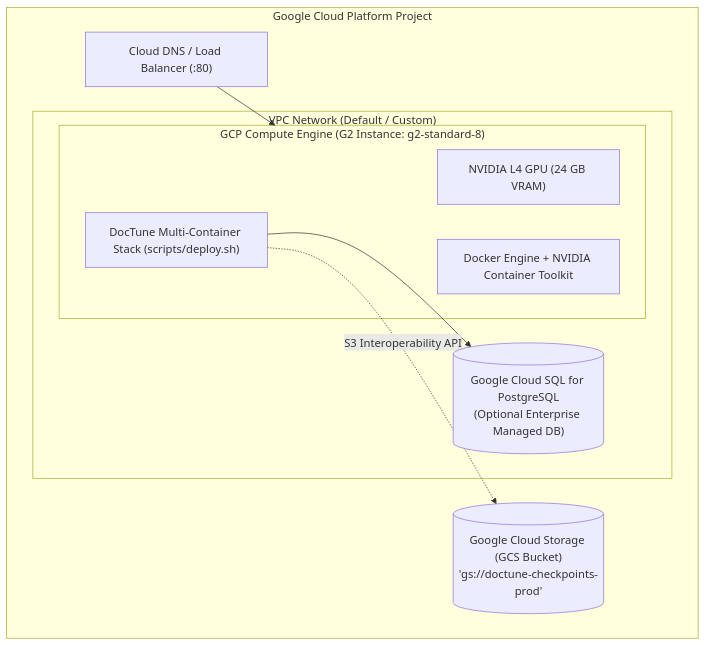
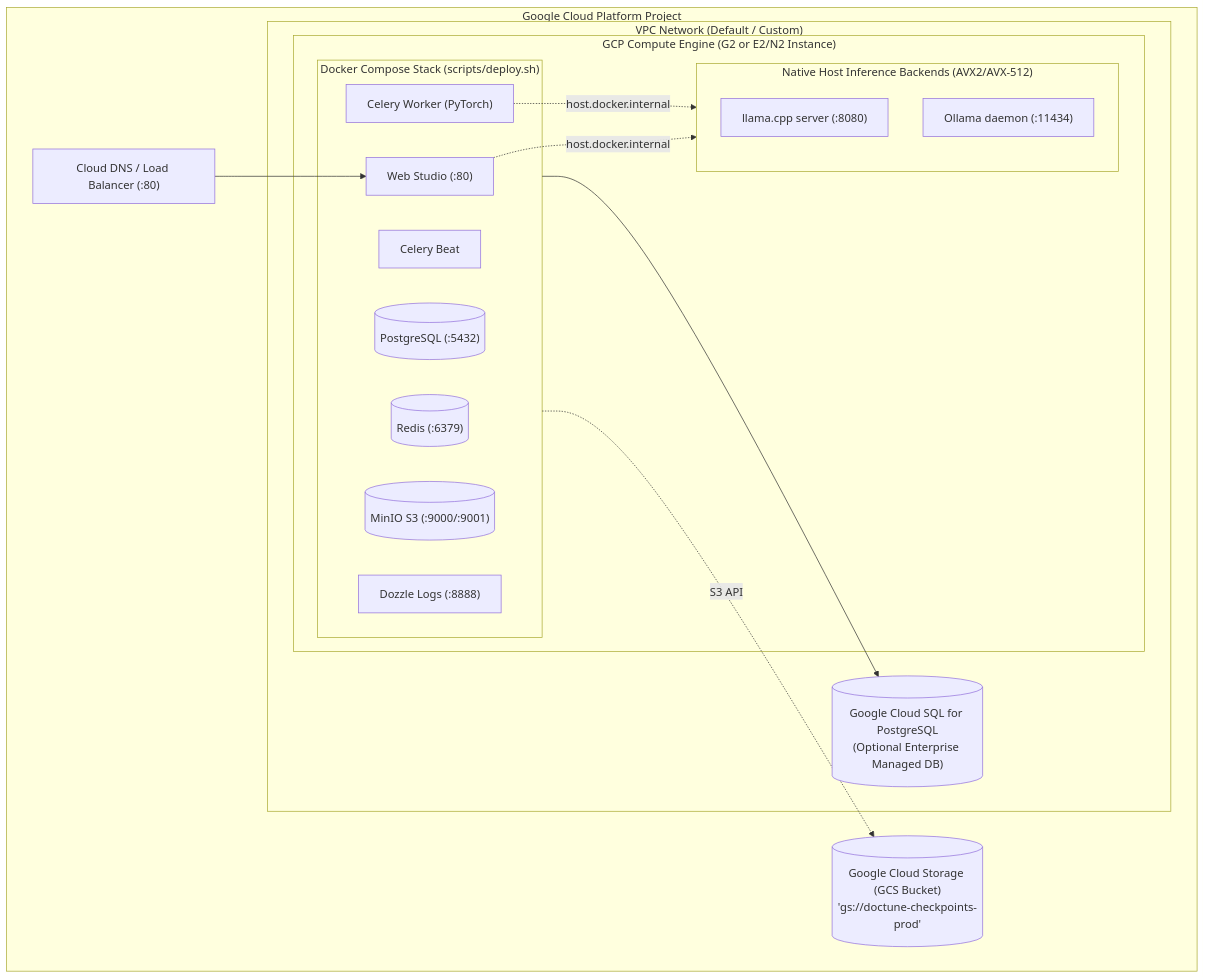
Before and after one commit to Niccher/DocTune: the diagram in docs/architecture/deployment.md, drawn with Mermaid. The commit also changed other lines of this file and 10 other files, not shown here.

Commit message:
feat: unified deployment orchestrator with modular llama.cpp and ollama runners, documentation & landing updates

````diff
--- a/docs/architecture/deployment.md
+++ b/docs/architecture/deployment.md
@@ -18,21 +59,33 @@
 ```mermaid
 flowchart TB
     subgraph GCP["Google Cloud Platform Project"]
         subgraph VPC["VPC Network (Default / Custom)"]
-            subgraph GCE["GCP Compute Engine (G2 Instance: g2-standard-8)"]
-                L4["NVIDIA L4 GPU (24 GB VRAM)"]
-                Docker["Docker Engine + NVIDIA Container Toolkit"]
-                Compose["DocTune Multi-Container Stack (scripts/deploy.sh)"]
+            subgraph GCE["GCP Compute Engine (G2 or E2/N2 Instance)"]
+                subgraph DockerStack["Docker Compose Stack (scripts/deploy.sh)"]
+                    Web["Web Studio (:80)"]
+                    Worker["Celery Worker (PyTorch)"]
+                    Beat["Celery Beat"]
+                    PG[("PostgreSQL (:5432)")]
+                    Redis[("Redis (:6379)")]
+                    MinIO[("MinIO S3 (:9000/:9001)")]
+                    Dozzle["Dozzle Logs (:8888)"]
+                end
+
+                subgraph HostRunners["Native Host Inference Backends (AVX2/AVX-512)"]
+                    LlamaCpp["llama.cpp server (:8080)"]
+                    Ollama["Ollama daemon (:11434)"]
+                end
             end
             
             CloudSQL[("Google Cloud SQL for PostgreSQL\n(Optional Enterprise Managed DB)")]
         end
 
         GCS[("Google Cloud Storage (GCS Bucket)\n'gs://doctune-checkpoints-prod'")]
         CloudDNS["Cloud DNS / Load Balancer (:80)"]
     end
 
-    CloudDNS --> GCE
-    Compose --> CloudSQL
-    Compose -.->|S3 Interoperability API| GCS
+    CloudDNS --> Web
+    DockerStack --> CloudSQL
+    DockerStack -.->|S3 API| GCS
+    Web & Worker -.->|host.docker.internal| HostRunners
 ```
````
